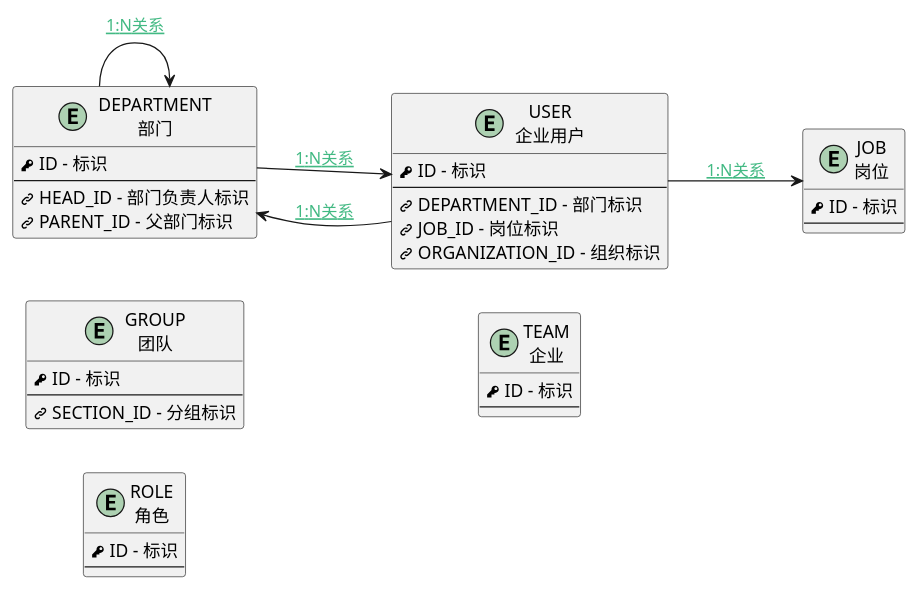
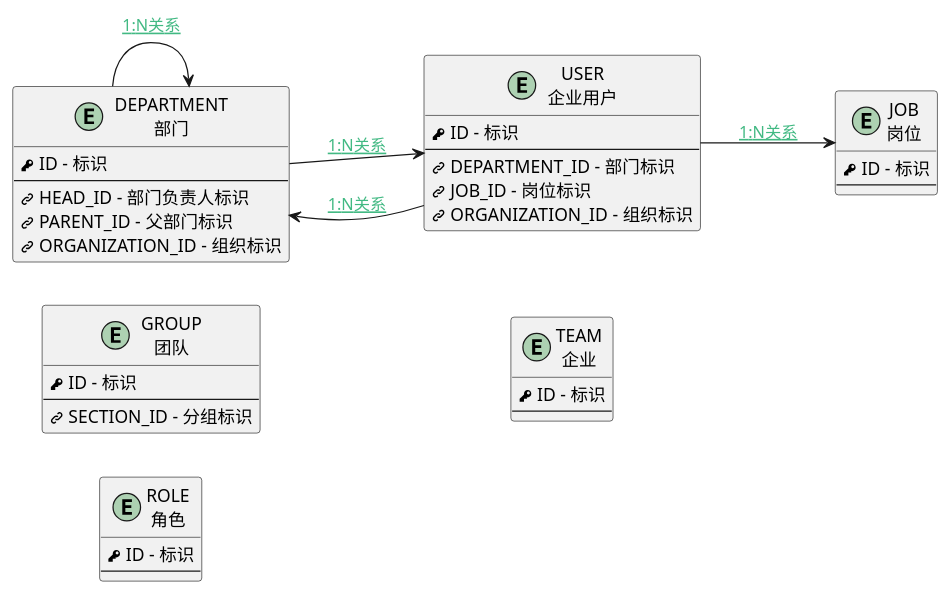
The diagram in doc/docsify/er/org.md (iBizLab/plm), drawn with PlantUML before and after one commit. The commit also changed 1276 other files, not shown here.

````diff
--- a/doc/docsify/er/org.md
+++ b/doc/docsify/er/org.md
@@ -4,50 +4,51 @@
 ```plantuml
 @startuml
 skinparam svgLinkTarget _blank
 <style>
 root {
   HyperlinkColor #42b983
 }
 </style>
 left to right direction
 
 entity "DEPARTMENT\n部门" as DEPARTMENT [[$../module/Base/department {部门}]] {
         <&key> ID - 标识
         --
         <&link-intact> HEAD_ID - 部门负责人标识
         <&link-intact> PARENT_ID - 父部门标识
+        <&link-intact> ORGANIZATION_ID - 组织标识
 }
 entity "GROUP\n团队" as GROUP [[$../module/Base/group {团队}]] {
         <&key> ID - 标识
         --
         <&link-intact> SECTION_ID - 分组标识
 }
 entity "JOB\n岗位" as JOB [[$../module/Base/job {岗位}]] {
         <&key> ID - 标识
         --
 }
 entity "ROLE\n角色" as ROLE [[$../module/Base/role {角色}]] {
         <&key> ID - 标识
         --
 }
 entity "TEAM\n企业" as TEAM [[$../module/Base/team {企业}]] {
         <&key> ID - 标识
         --
 }
 entity "USER\n企业用户" as USER [[$../module/Base/user {企业用户}]] {
         <&key> ID - 标识
         --
         <&link-intact> DEPARTMENT_ID - 部门标识
         <&link-intact> JOB_ID - 岗位标识
         <&link-intact> ORGANIZATION_ID - 组织标识
 }
 
 DEPARTMENT--> DEPARTMENT : [[$../der/DER1N_DEPARTMENT_DEPARTMENT_PARENT_ID{DER1N_DEPARTMENT_DEPARTMENT_PARENT_ID} 1:N关系]]
 USER--> DEPARTMENT : [[$../der/DER1N_USER_DEPARTMENT_DEPARTMENT_ID{DER1N_USER_DEPARTMENT_DEPARTMENT_ID} 1:N关系]]
 USER--> JOB : [[$../der/DER1N_USER_JOB_JOB_ID{DER1N_USER_JOB_JOB_ID} 1:N关系]]
 DEPARTMENT--> USER : [[$../der/DER1N_DEPARTMENT_USER_HEAD_ID{DER1N_DEPARTMENT_USER_HEAD_ID} 1:N关系]]
 
 
 hide methods
 @enduml
 ```
````
